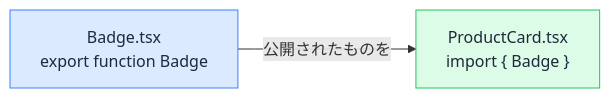
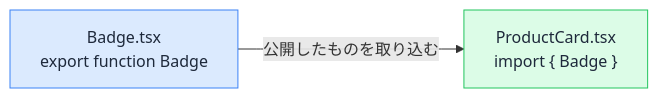
The diagram in docs/drafts/017/index.md (ozaki25/web-front-training-ozaki25), drawn with Mermaid before and after one commit. The commit also changed other lines of this file and 1 other file, not shown here.

````diff
--- a/docs/drafts/017/index.md
+++ b/docs/drafts/017/index.md
@@ -58,6 +60,6 @@
 ```mermaid
 flowchart LR
-  A["Badge.tsx<br>export function Badge"] -- "公開されたものを" --> B["ProductCard.tsx<br>import { Badge }"]
+  A["Badge.tsx<br>export function Badge"] -- "公開したものを取り込む" --> B["ProductCard.tsx<br>import { Badge }"]
   style A fill:#dbeafe,color:#1e293b,stroke:#3b82f6
   style B fill:#dcfce7,color:#1e293b,stroke:#22c55e
 ```
````
